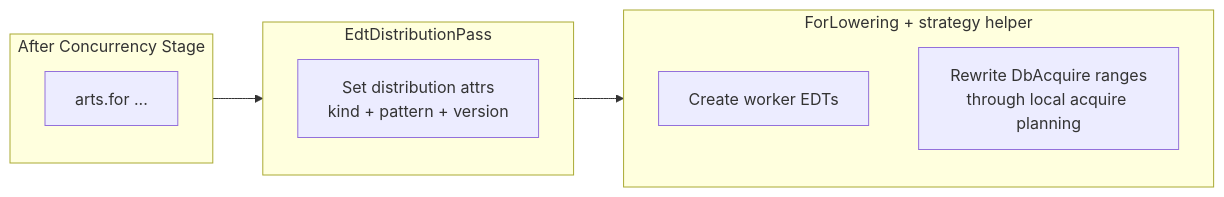
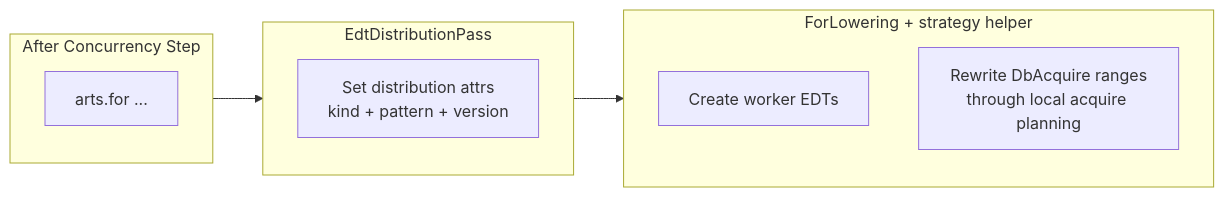
Before and after one commit to randreshg/carts: the fourth of 7 diagrams in docs/agents.md, drawn with Mermaid. The commit also changed other lines of this file and 98 other files, not shown here.

````diff
--- a/docs/agents.md
+++ b/docs/agents.md
@@ -744,17 +738,17 @@
 ```mermaid
 flowchart LR
-    subgraph Before["After Concurrency Stage"]
+    subgraph Before["After Concurrency Step"]
         FOR["arts.for ..."]
     end
 
     subgraph Dist["EdtDistributionPass"]
         PLAN["Set distribution attrs<br/>kind + pattern + version"]
     end
 
     subgraph Lower["ForLowering + strategy helper"]
         TASK["Create worker EDTs"]
         ACQ["Rewrite DbAcquire ranges<br/>through local acquire planning"]
     end
 
     Before --> Dist --> Lower
 ```
````
